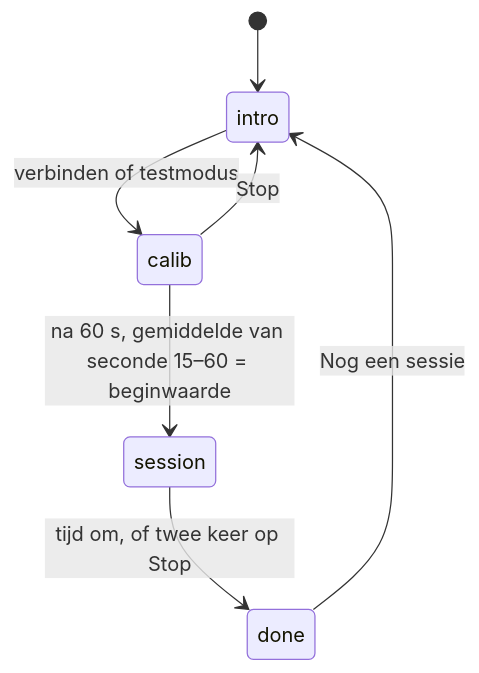
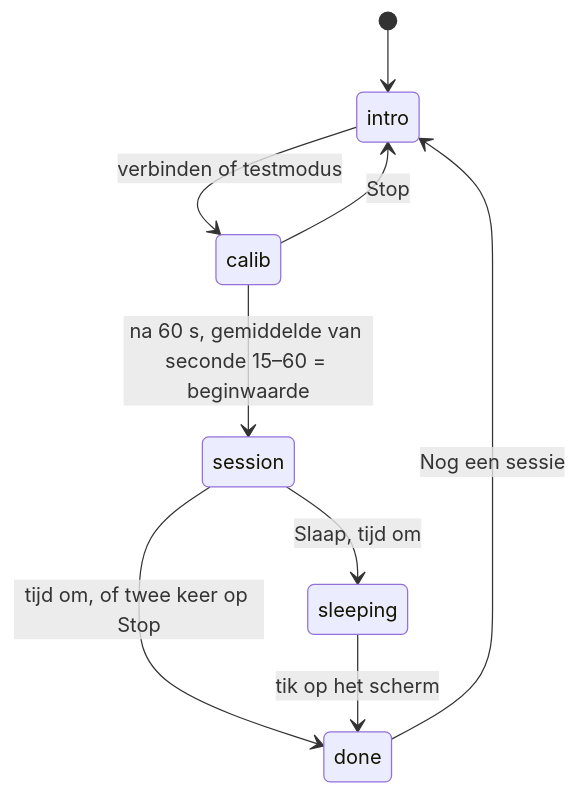
The second of 2 diagrams in docs/ARCHITECTUUR.md (tvdv-projects/Still-water), drawn with Mermaid before and after one commit. The commit also changed other lines of this file and 15 other files, not shown here.

````diff
--- a/docs/ARCHITECTUUR.md
+++ b/docs/ARCHITECTUUR.md
@@ -63,9 +64,11 @@
 ```mermaid
 stateDiagram-v2
   [*] --> intro
   intro --> calib: verbinden of testmodus
   calib --> session: na 60 s, gemiddelde van seconde 15–60 = beginwaarde
   session --> done: tijd om, of twee keer op Stop
+  session --> sleeping: Slaap, tijd om
+  sleeping --> done: tik op het scherm
   calib --> intro: Stop
   done --> intro: Nog een sessie
 ```
````
